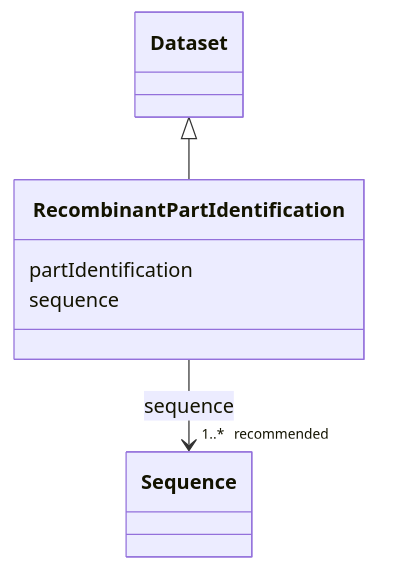
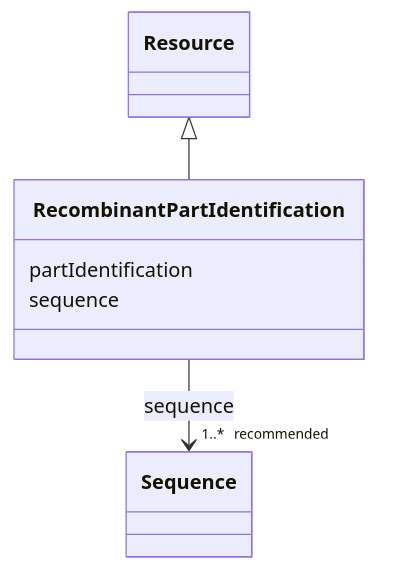
The diagram in models/docs/RecombinantPartIdentification.md (EVORA-project/evora-ontology), drawn with Mermaid before and after one commit. The commit also changed other lines of this file and 435 other files, not shown here.

````diff
--- a/models/docs/RecombinantPartIdentification.md
+++ b/models/docs/RecombinantPartIdentification.md
@@ -19,20 +19,20 @@
 ```mermaid
  classDiagram
     class RecombinantPartIdentification
     click RecombinantPartIdentification href "../RecombinantPartIdentification"
-      Dataset <|-- RecombinantPartIdentification
-        click Dataset href "../Dataset"
+      Resource <|-- RecombinantPartIdentification
+        click Resource href "../Resource"
       
       RecombinantPartIdentification : partIdentification
         
       RecombinantPartIdentification : sequence
         
           
     
     
     RecombinantPartIdentification --> "1..* _recommended_" Sequence : sequence
     click Sequence href "../Sequence"
 
         
       
 ```
````
